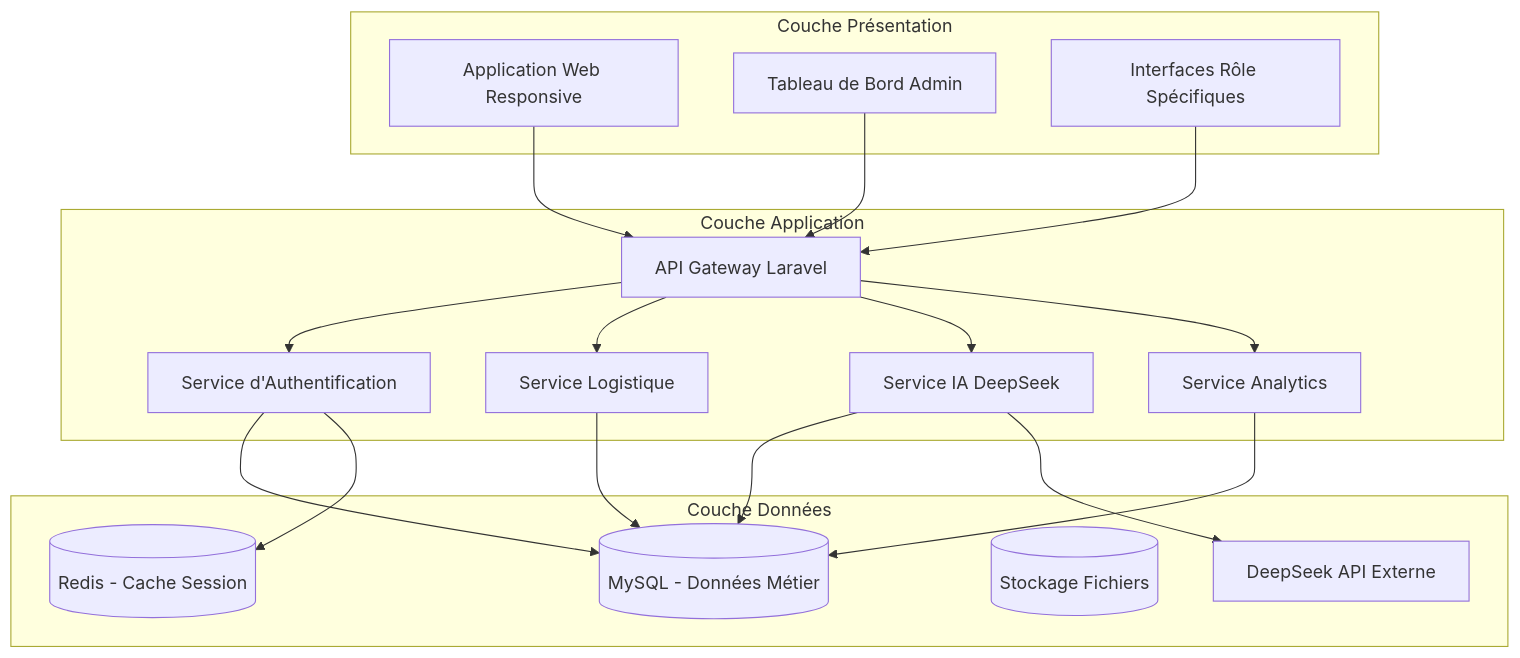
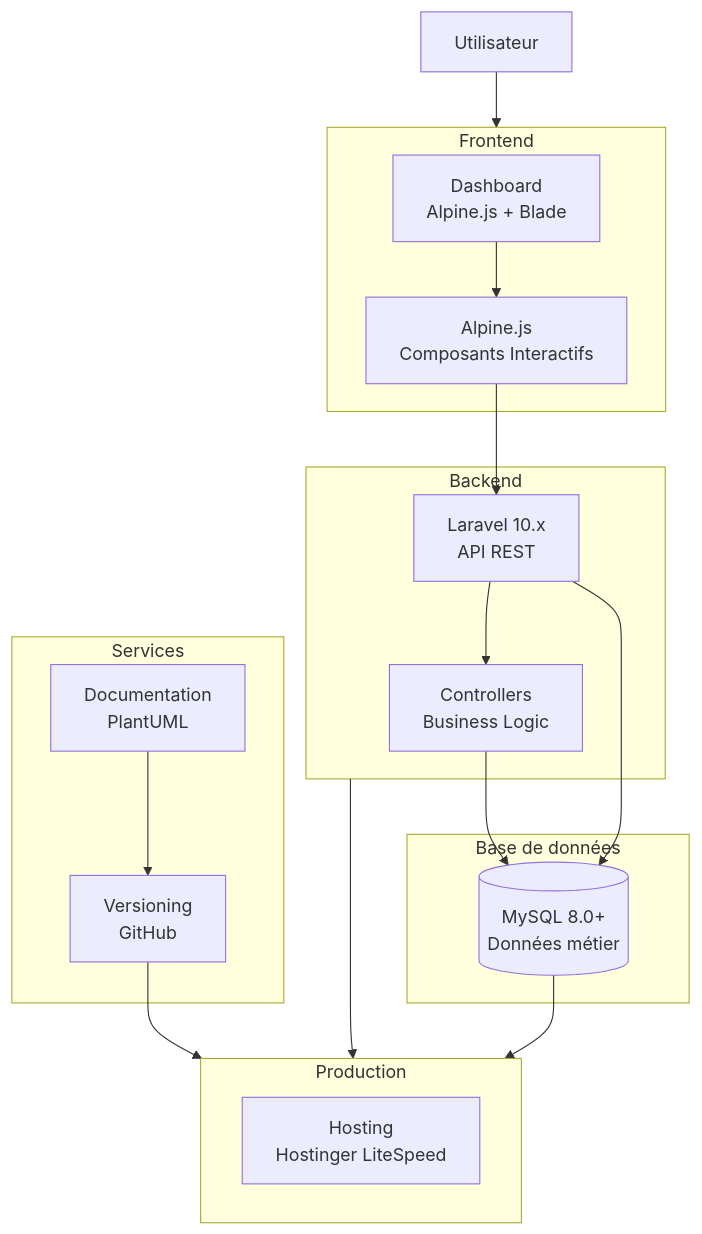
The first of 2 diagrams in index.mdx (LoubnaAm/docs), drawn with Mermaid before and after one commit. The commit also changed other lines of this file, not shown here.

````diff
--- a/index.mdx
+++ b/index.mdx
@@ -64,39 +54,38 @@
 ```mermaid
 graph TB
-    subgraph "Couche Présentation"
-        A[Application Web Responsive]
-        B[Tableau de Bord Admin]
-        C[Interfaces Rôle Spécifiques]
+    User[Utilisateur] --> Frontend[Frontend]
+    
+    subgraph Frontend
+        Dashboard[Dashboard<br/>Alpine.js + Blade]
+        Alpine[Alpine.js<br/>Composants Interactifs]
     end
     
-    subgraph "Couche Application"
-        D[API Gateway Laravel]
-        E[Service d'Authentification]
-        F[Service Logistique]
-        G[Service IA DeepSeek]
-        H[Service Analytics]
+    subgraph Backend
+        Laravel[Laravel 10.x<br/>API REST]
+        Controllers[Controllers<br/>Business Logic]
     end
     
-    subgraph "Couche Données"
-        I[(MySQL - Données Métier)]
-        J[(Redis - Cache Session)]
-        K[(Stockage Fichiers)]
-        L[DeepSeek API Externe]
+    subgraph Database[Base de données]
+        MySQL[(MySQL 8.0+<br/>Données métier)]
     end
     
-    A --> D
-    B --> D
-    C --> D
+    subgraph Services
+        PlantUML[Documentation<br/>PlantUML]
+        GitHub[Versioning<br/>GitHub]
+    end
     
-    D --> E
-    D --> F
-    D --> G
-    D --> H
+    subgraph Production
+        Hostinger[Hosting<br/>Hostinger LiteSpeed]
+    end
     
-    E --> I
-    E --> J
-    F --> I
-    G --> I
-    G --> L
-    H --> I
+    Dashboard --> Alpine
+    Alpine --> Laravel
+    Laravel --> Controllers
+    Controllers --> MySQL
+    Laravel --> MySQL
+    
+    PlantUML --> GitHub
+    GitHub --> Production
+    Backend --> Production
+    MySQL --> Production
 ```
````
